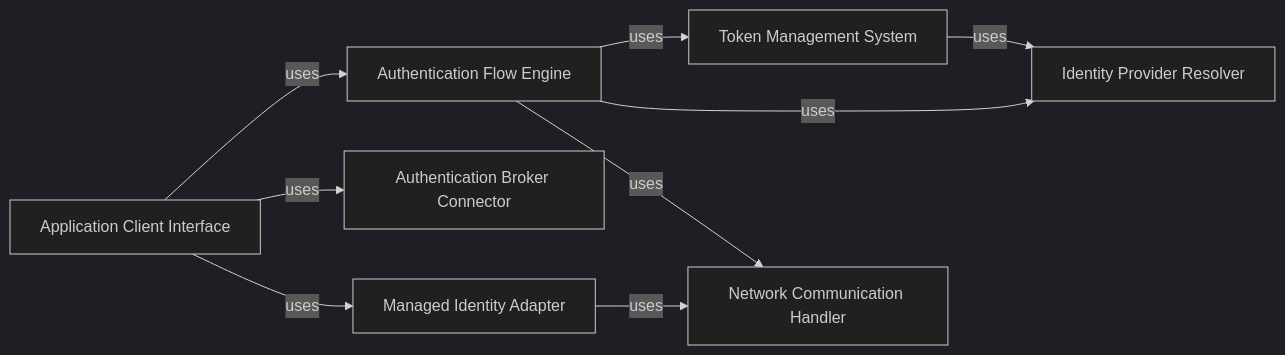
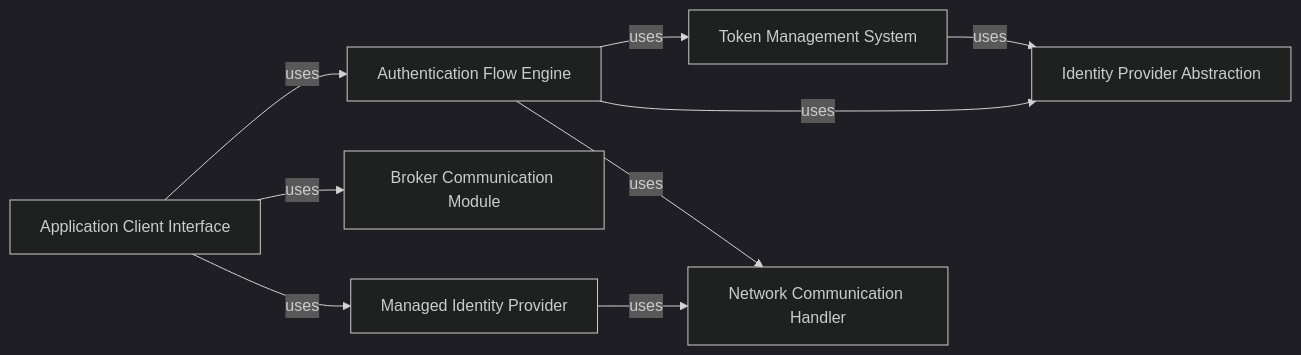
One commit to CodeBoarding/GeneratedOnBoardings changed the diagram in microsoft-authentication-library-for-python/on_boarding.md. Above: the diagram before and after it, drawn with Mermaid (dark theme). The commit also changed other lines of this file and 14 other files, not shown here.

Commit message:
Uploading onboarding materials for microsoft-authentication-library-for-python

````diff
--- a/microsoft-authentication-library-for-python/on_boarding.md
+++ b/microsoft-authentication-library-for-python/on_boarding.md
@@ -1,25 +1,25 @@
 ```mermaid
 graph LR
     Application_Client_Interface["Application Client Interface"]
     Authentication_Flow_Engine["Authentication Flow Engine"]
     Token_Management_System["Token Management System"]
-    Identity_Provider_Resolver["Identity Provider Resolver"]
-    Authentication_Broker_Connector["Authentication Broker Connector"]
-    Managed_Identity_Adapter["Managed Identity Adapter"]
+    Identity_Provider_Abstraction["Identity Provider Abstraction"]
+    Broker_Communication_Module["Broker Communication Module"]
+    Managed_Identity_Provider["Managed Identity Provider"]
     Network_Communication_Handler["Network Communication Handler"]
     Application_Client_Interface -- "uses" --> Authentication_Flow_Engine
     Authentication_Flow_Engine -- "uses" --> Token_Management_System
-    Authentication_Flow_Engine -- "uses" --> Identity_Provider_Resolver
-    Application_Client_Interface -- "uses" --> Authentication_Broker_Connector
-    Application_Client_Interface -- "uses" --> Managed_Identity_Adapter
+    Authentication_Flow_Engine -- "uses" --> Identity_Provider_Abstraction
+    Application_Client_Interface -- "uses" --> Broker_Communication_Module
+    Application_Client_Interface -- "uses" --> Managed_Identity_Provider
     Authentication_Flow_Engine -- "uses" --> Network_Communication_Handler
-    Managed_Identity_Adapter -- "uses" --> Network_Communication_Handler
-    Token_Management_System -- "uses" --> Identity_Provider_Resolver
+    Managed_Identity_Provider -- "uses" --> Network_Communication_Handler
+    Token_Management_System -- "uses" --> Identity_Provider_Abstraction
     click Application_Client_Interface href "https://github.com/CodeBoarding/GeneratedOnBoardings/blob/main/microsoft-authentication-library-for-python/Application Client Interface.md" "Details"
     click Authentication_Flow_Engine href "https://github.com/CodeBoarding/GeneratedOnBoardings/blob/main/microsoft-authentication-library-for-python/Authentication Flow Engine.md" "Details"
     click Token_Management_System href "https://github.com/CodeBoarding/GeneratedOnBoardings/blob/main/microsoft-authentication-library-for-python/Token Management System.md" "Details"
-    click Identity_Provider_Resolver href "https://github.com/CodeBoarding/GeneratedOnBoardings/blob/main/microsoft-authentication-library-for-python/Identity Provider Resolver.md" "Details"
-    click Authentication_Broker_Connector href "https://github.com/CodeBoarding/GeneratedOnBoardings/blob/main/microsoft-authentication-library-for-python/Authentication Broker Connector.md" "Details"
-    click Managed_Identity_Adapter href "https://github.com/CodeBoarding/GeneratedOnBoardings/blob/main/microsoft-authentication-library-for-python/Managed Identity Adapter.md" "Details"
+    click Identity_Provider_Abstraction href "https://github.com/CodeBoarding/GeneratedOnBoardings/blob/main/microsoft-authentication-library-for-python/Identity Provider Abstraction.md" "Details"
+    click Broker_Communication_Module href "https://github.com/CodeBoarding/GeneratedOnBoardings/blob/main/microsoft-authentication-library-for-python/Broker Communication Module.md" "Details"
+    click Managed_Identity_Provider href "https://github.com/CodeBoarding/GeneratedOnBoardings/blob/main/microsoft-authentication-library-for-python/Managed Identity Provider.md" "Details"
     click Network_Communication_Handler href "https://github.com/CodeBoarding/GeneratedOnBoardings/blob/main/microsoft-authentication-library-for-python/Network Communication Handler.md" "Details"
 ```
````
